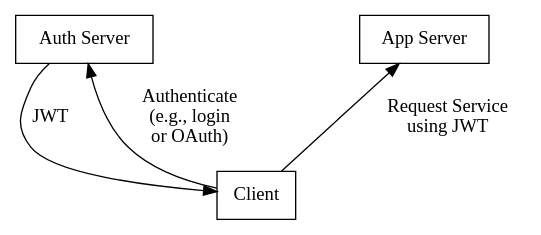
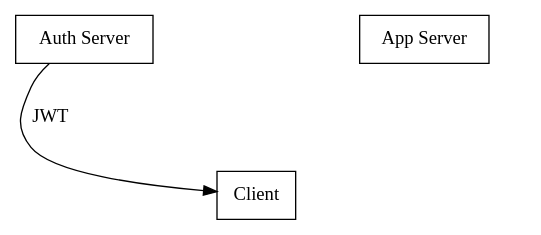
The third of 5 diagrams in slides.org (aocks/ox_jwt), drawn with Graphviz before and after one commit. The commit also changed other lines of this file, not shown here.

```diff
--- a/slides.org
+++ b/slides.org
@@ -69,28 +160,28 @@
-#+begin_src dot :cmdline -Kdot -Tjpg :exports results :file images/alt-jwt-process.jpg
+#+begin_src dot :cmdline -Kdot -Tjpg :exports results :file images/jwt-auth-vs-app-auth-response.jpg
 
 digraph auth_system {
     // Define subgraphs
     subgraph top {
         rank=same;
         AuthServer [label="Auth Server", shape=box];
         hidden [style=invis];
         AppServer [label="App Server", shape=box];
     }
 
     subgraph bottom {
         rank=same;
         Client [label="Client", shape=box];
     }
 
     // Define connections
     AuthServer -> Client [label="JWT", constraint=false, splines=ortho];
-    Client -> AuthServer [label="Authenticate\n(e.g., login\nor OAuth)", constraint=false, splines=ortho];
-    Client -> AppServer [label="Request Service\nusing JWT", constraint=false, splines=ortho];
+    Client -> AuthServer [label="Authenticate\n(e.g., login\nor OAuth)", constraint=false, splines=ortho,style=invis];
+    Client -> AppServer [label="Request Service\nusing JWT", constraint=false, splines=ortho,style=invis];
 
     // Define hidden edges to force layout
     AuthServer -> hidden [style=invis];
     hidden -> AppServer [style=invis];
     hidden -> Client [style=invis];
 }
 
 #+end_src
```
